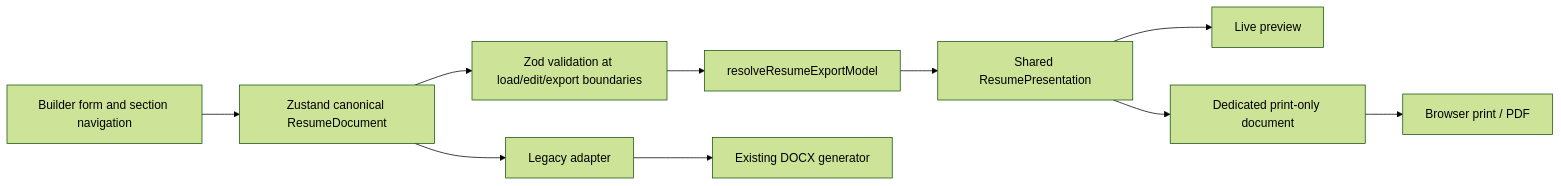
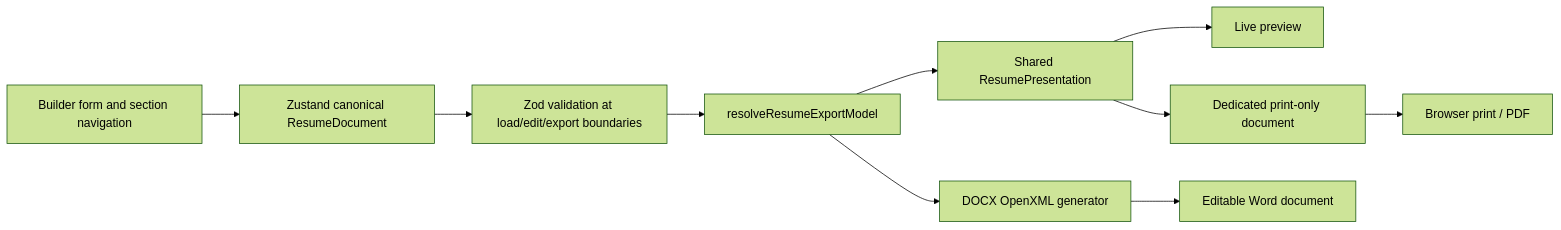
One commit to funkyvibespk/cvmaker changed the first of 2 diagrams in docs/ARCHITECTURE.md. Above: the diagram before and after it, drawn with Mermaid (forest theme). The commit also changed other lines of this file and 9 other files, not shown here.

````diff
--- a/docs/ARCHITECTURE.md
+++ b/docs/ARCHITECTURE.md
@@ -74,12 +74,12 @@
 ```mermaid
 flowchart LR
     A["Builder form and section navigation"] --> B["Zustand canonical ResumeDocument"]
     B --> C["Zod validation at load/edit/export boundaries"]
     C --> D["resolveResumeExportModel"]
     D --> E["Shared ResumePresentation"]
     E --> F["Live preview"]
     E --> G["Dedicated print-only document"]
     G --> H["Browser print / PDF"]
-    B --> I["Legacy adapter"]
-    I --> J["Existing DOCX generator"]
+    D --> I["DOCX OpenXML generator"]
+    I --> J["Editable Word document"]
 ```
````
